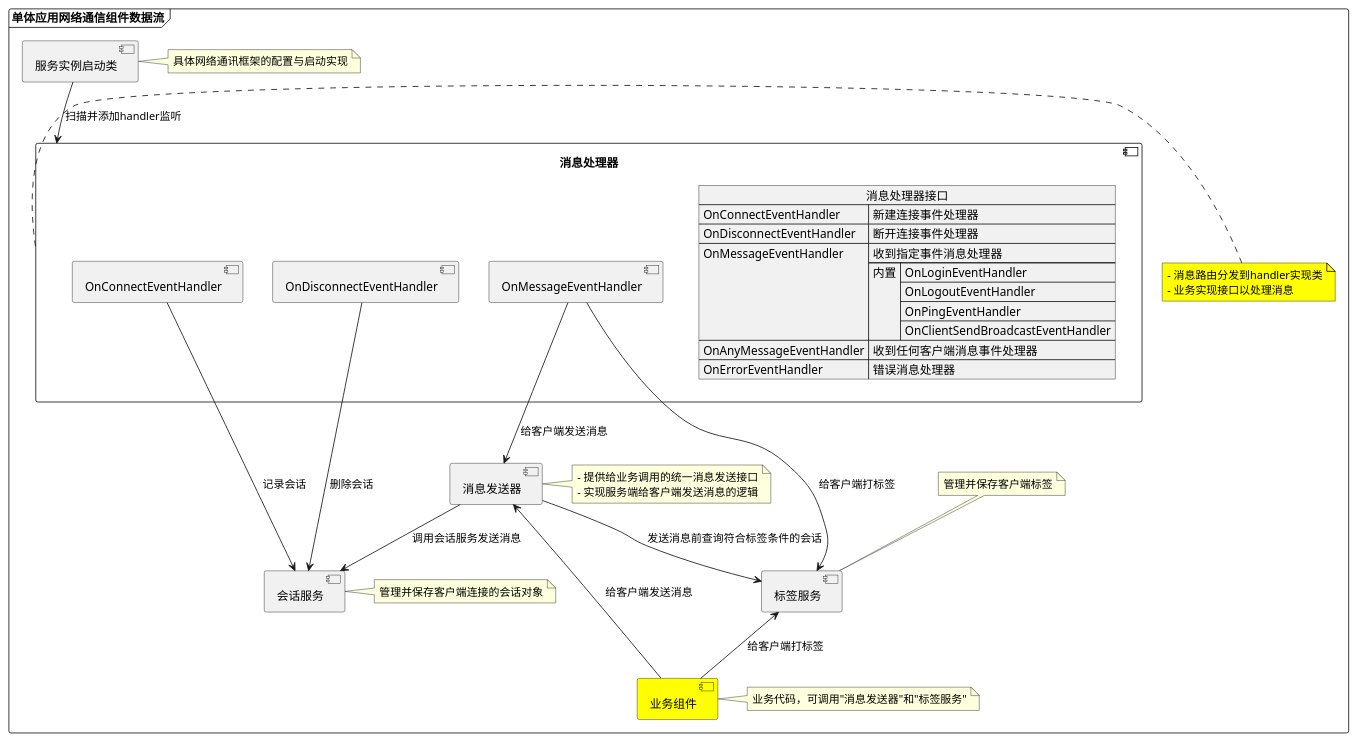
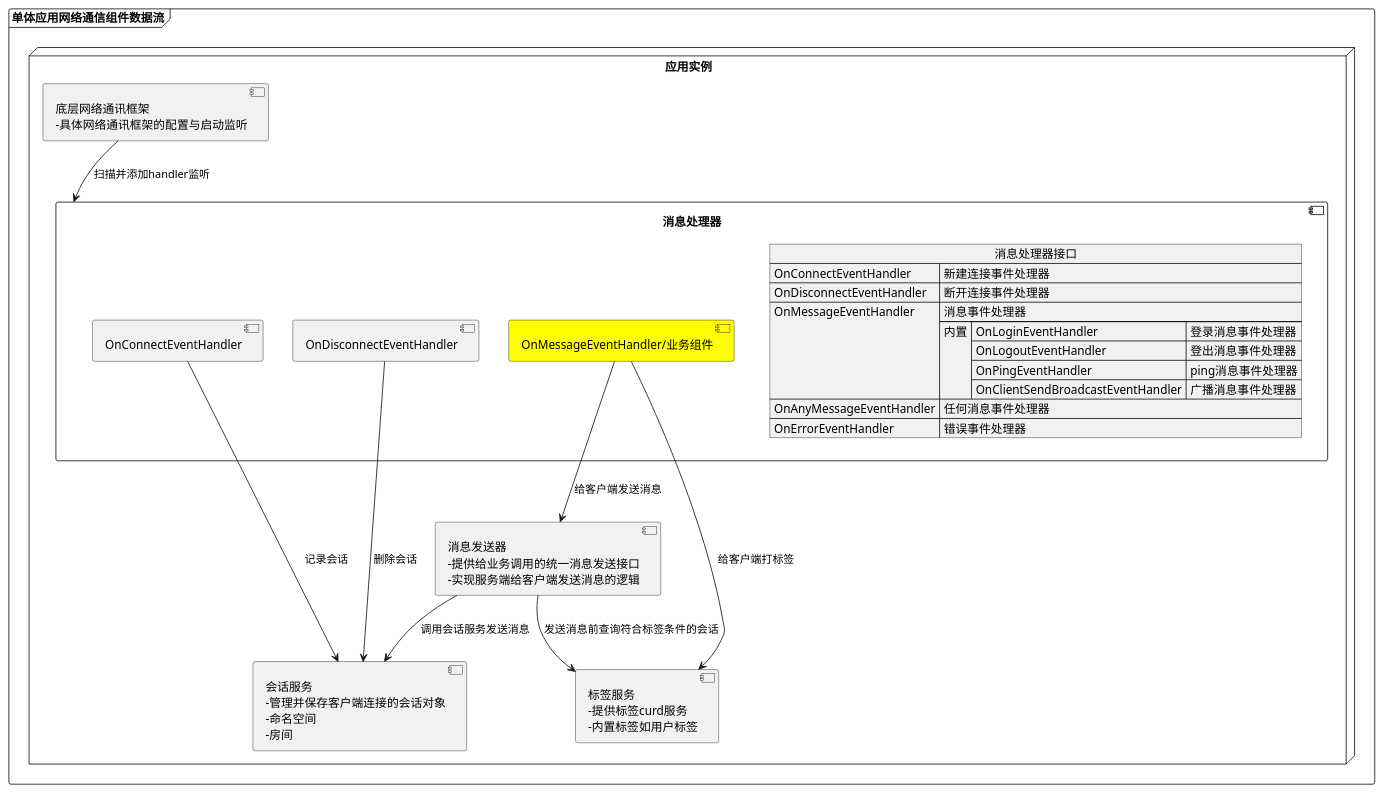
One commit to rainLeelzr/super changed the diagram in kernel-net-core/src/main/resources/docs/design/single-app-component.puml. Above: the diagram before and after it, drawn with PlantUML. The commit also changed 6 other files, not shown here.

```diff
--- a/kernel-net-core/src/main/resources/docs/design/single-app-component.puml
+++ b/kernel-net-core/src/main/resources/docs/design/single-app-component.puml
@@ -1,79 +1,61 @@
 @startuml
 'https://plantuml.com/component-diagram
 
 frame 单体应用网络通信组件数据流{
+    node 应用实例 {
 
-    component [服务实例启动类] as server {
-    }
+        component [底层网络通讯框架\n-具体网络通讯框架的配置与启动监听] as server {
+                }
 
-    component [消息处理器] as handler {
-        json 消息处理器接口 {
-            "OnConnectEventHandler": "新建连接事件处理器",
-            "OnDisconnectEventHandler": "断开连接事件处理器",
-            "OnMessageEventHandler": ["收到指定事件消息处理器",
-            {
-                "内置":[
-                    "OnLoginEventHandler",
-                    "OnLogoutEventHandler",
-                    "OnPingEventHandler",
-                    "OnClientSendBroadcastEventHandler"
-                ]
-            }],
-            "OnAnyMessageEventHandler": "收到任何客户端消息事件处理器",
-            "OnErrorEventHandler": "错误消息处理器"
+        component [消息处理器] as handler {
+            json 消息处理器接口 {
+                "OnConnectEventHandler": "新建连接事件处理器",
+                "OnDisconnectEventHandler": "断开连接事件处理器",
+                "OnMessageEventHandler": [
+                    "消息事件处理器",
+                    {
+                        "内置": {
+                            "OnLoginEventHandler": "登录消息事件处理器",
+                            "OnLogoutEventHandler": "登出消息事件处理器",
+                            "OnPingEventHandler": "ping消息事件处理器",
+                            "OnClientSendBroadcastEventHandler": "广播消息事件处理器"
+                        }
+                    }
+                ],
+                "OnAnyMessageEventHandler": "任何消息事件处理器",
+                "OnErrorEventHandler": "错误事件处理器"
+            }
+
+            [OnConnectEventHandler]
+            [OnDisconnectEventHandler]
+            component [OnMessageEventHandler/业务组件] as OnMessageEventHandler #yellow {
+            }
         }
 
-        [OnConnectEventHandler]
-        [OnDisconnectEventHandler]
-        [OnMessageEventHandler]
+
+
+        component [消息发送器\n-提供给业务调用的统一消息发送接口\n-实现服务端给客户端发送消息的逻辑] as messageSender {
+
+        }
+
+        component [会话服务\n-管理并保存客户端连接的会话对象\n-命名空间\n-房间]  as sessionService {
+
+        }
+
+        component [标签服务\n-提供标签curd服务\n-内置标签如用户标签]  as tagService {
+
+        }
     }
-
-    component [消息发送器] as messageSender {
-
-    }
-
-    component [会话服务]  as sessionService {
-
-    }
-
-    component [标签服务]  as tagService {
-
-    }
-
-    component [业务组件]  as bizComponent #yellow {
-
-    }
-
-    note left of [handler] #yellow
-      - 消息路由分发到handler实现类
-      - 业务实现接口以处理消息
-    end note
-
-    note right of [server] : 具体网络通讯框架的配置与启动实现
-
-    note right of [messageSender] {
-        - 提供给业务调用的统一消息发送接口
-        - 实现服务端给客户端发送消息的逻辑
-    }
-
-    note right of [sessionService]: 管理并保存客户端连接的会话对象
-
-    note top of [tagService] : 管理并保存客户端标签
-
-    note right of [bizComponent] : 业务代码，可调用"消息发送器"和"标签服务"
 
     messageSender --> sessionService : 调用会话服务发送消息
     messageSender --> tagService : 发送消息前查询符合标签条件的会话
     server --> handler : 扫描并添加handler监听
-    bizComponent -up-> tagService : 给客户端打标签
-    bizComponent -up-> messageSender : 给客户端发送消息
     OnMessageEventHandler --> tagService : 给客户端打标签
     OnMessageEventHandler --> messageSender : 给客户端发送消息
 
     OnConnectEventHandler --> sessionService : 记录会话
     OnDisconnectEventHandler --> sessionService : 删除会话
-
 }
 
 
 @enduml
```
